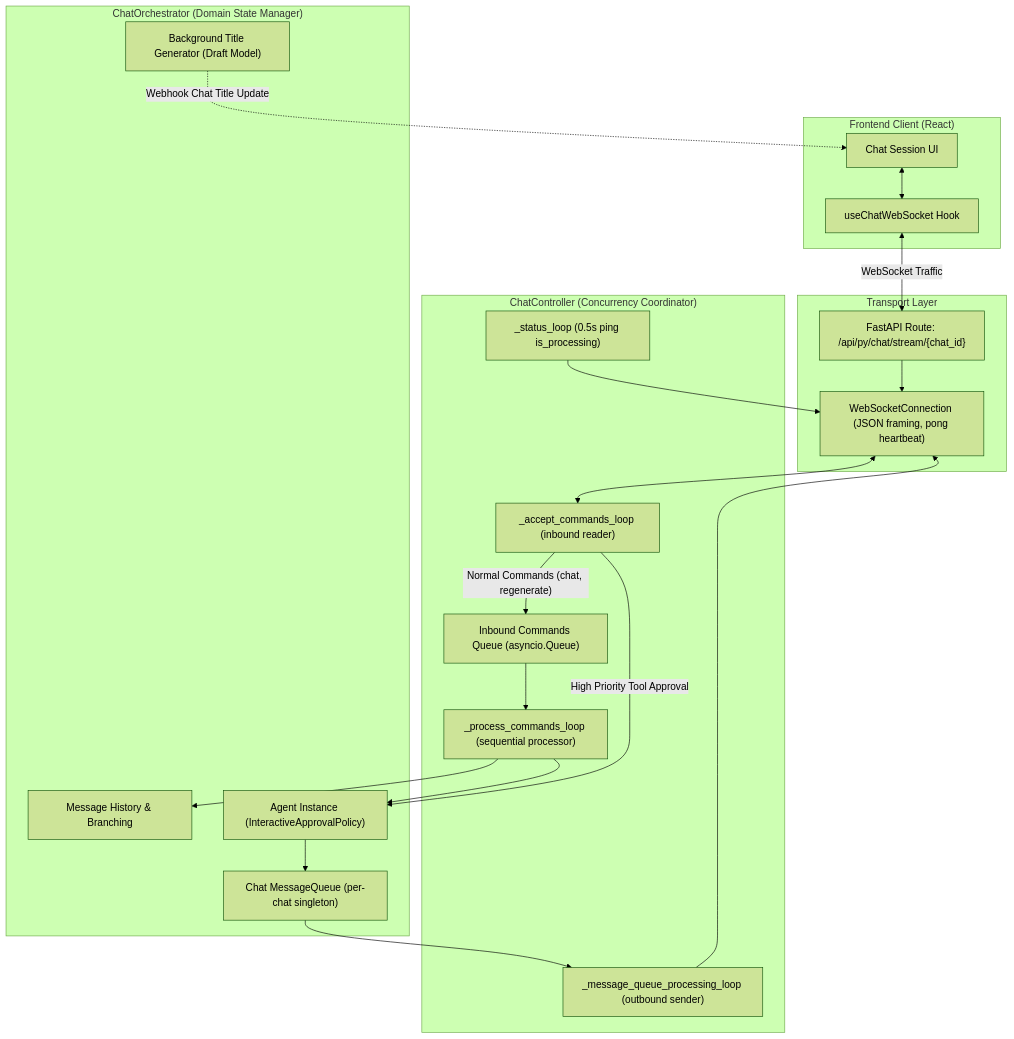
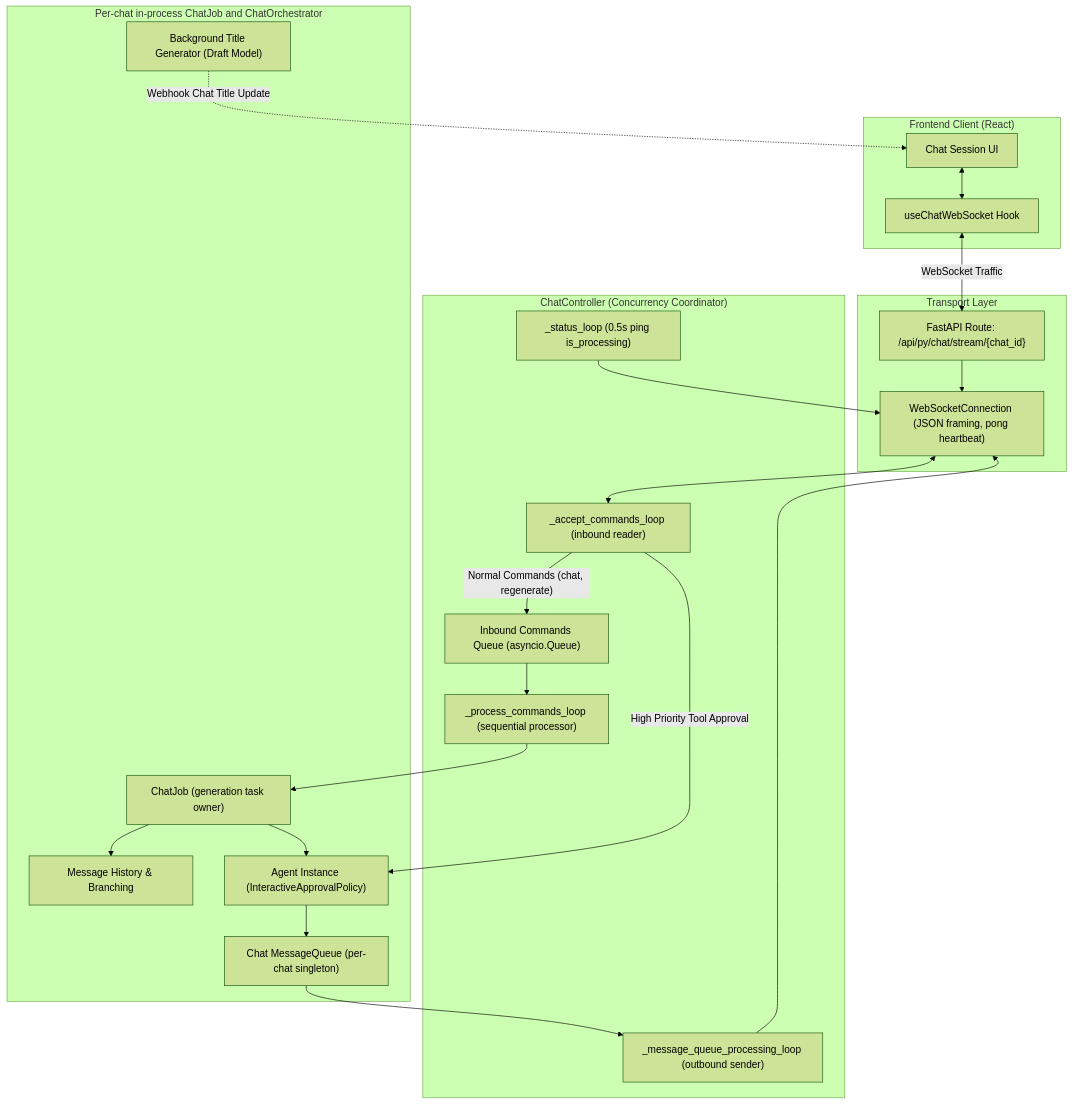
One commit to dbracewell/Asterism changed the diagram in architecture/chat-and-websocket.md. Above: the diagram before and after it, drawn with Mermaid (forest theme). The commit also changed other lines of this file and 6 other files, not shown here.

````diff
--- a/architecture/chat-and-websocket.md
+++ b/architecture/chat-and-websocket.md
@@ -11,44 +11,46 @@
 ```mermaid
 flowchart TD
     subgraph Frontend["Frontend Client (React)"]
         UI["Chat Session UI"]
         Hook["useChatWebSocket Hook"]
     end
 
     subgraph Transport["Transport Layer"]
         WSEndpoint["FastAPI Route: /api/py/chat/stream/{chat_id}"]
         WSConn["WebSocketConnection (JSON framing, pong heartbeat)"]
     end
 
     subgraph ControllerSubsystem["ChatController (Concurrency Coordinator)"]
         AcceptLoop["_accept_commands_loop (inbound reader)"]
         ProcessLoop["_process_commands_loop (sequential processor)"]
         MsgQueueLoop["_message_queue_processing_loop (outbound sender)"]
         StatusLoop["_status_loop (0.5s ping is_processing)"]
         InboundQueue["Inbound Commands Queue (asyncio.Queue)"]
     end
 
-    subgraph DomainOrchestrator["ChatOrchestrator (Domain State Manager)"]
+    subgraph DomainOrchestrator["Per-chat in-process ChatJob and ChatOrchestrator"]
+        Job["ChatJob (generation task owner)"]
         OutboundQueue["Chat MessageQueue (per-chat singleton)"]
         MsgTree["Message History & Branching"]
         TitleGen["Background Title Generator (Draft Model)"]
         AgentSession["Agent Instance (InteractiveApprovalPolicy)"]
     end
 
     UI <--> Hook
     Hook <-->|"WebSocket Traffic"| WSEndpoint
     WSEndpoint --> WSConn
     WSConn <--> AcceptLoop
 
     AcceptLoop -->|"Normal Commands (chat, regenerate)"| InboundQueue
     AcceptLoop -->|"High Priority Tool Approval"| AgentSession
     InboundQueue --> ProcessLoop
-    ProcessLoop --> MsgTree
-    ProcessLoop --> AgentSession
+    ProcessLoop --> Job
+    Job --> MsgTree
+    Job --> AgentSession
 
     AgentSession --> OutboundQueue
     OutboundQueue --> MsgQueueLoop
     MsgQueueLoop --> WSConn
     StatusLoop --> WSConn
     TitleGen -.->|"Webhook Chat Title Update"| UI
 ```
````
